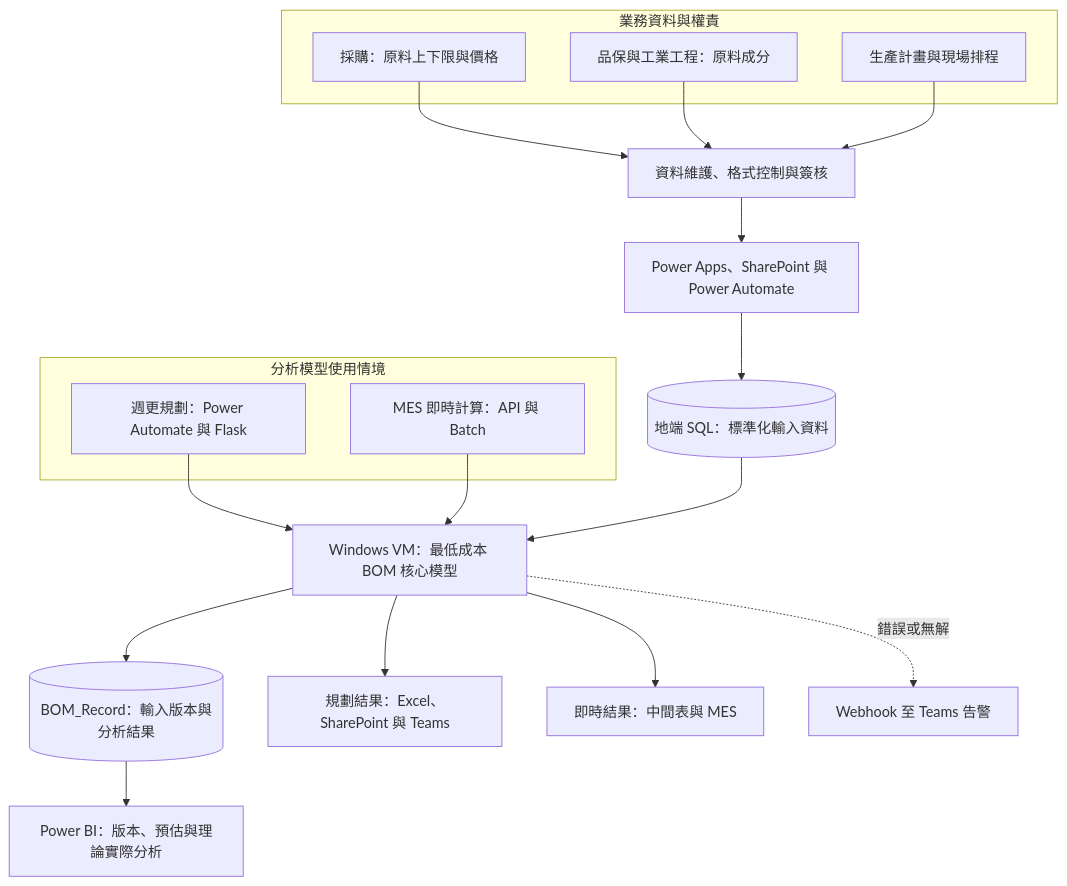
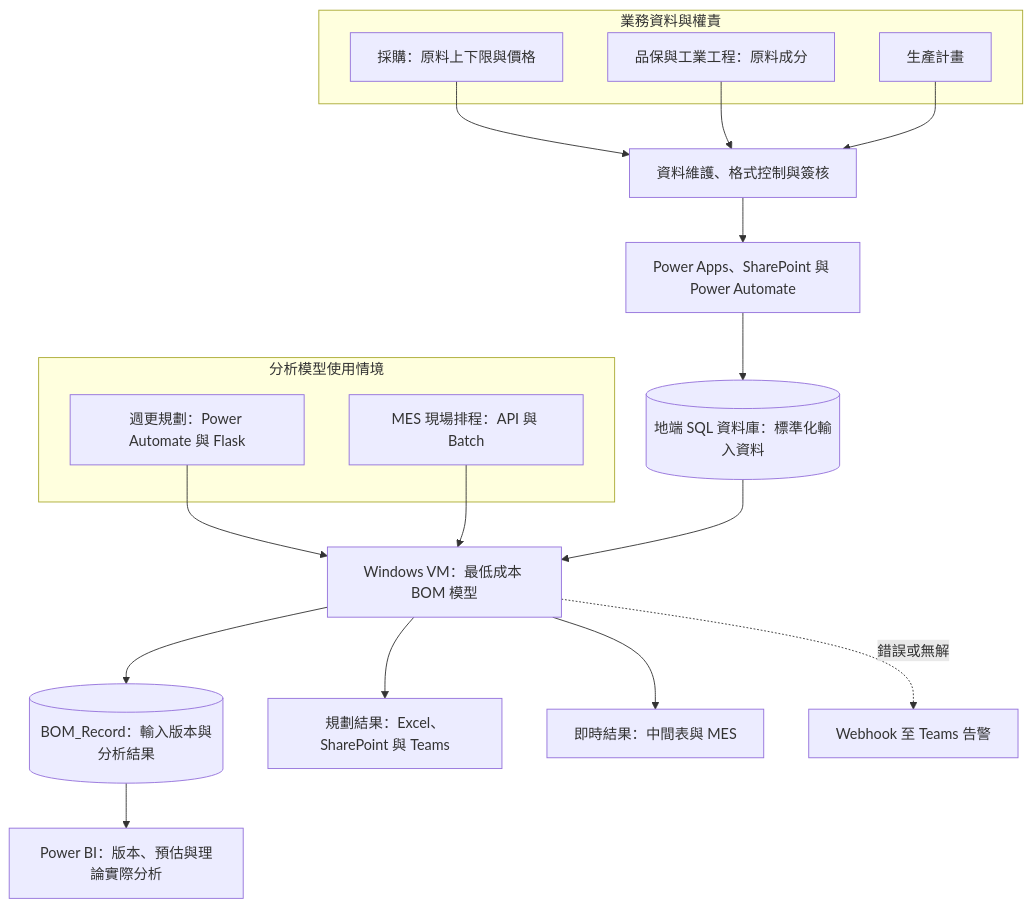
Before and after one commit to ChienChienChien/BOM_Management_Platform: the diagram in README_ZH-TW.md, drawn with Mermaid. The commit also changed other lines of this file, not shown here.

````diff
--- a/README_ZH-TW.md
+++ b/README_ZH-TW.md
@@ -63,29 +65,29 @@
 ```mermaid
 flowchart TB
     subgraph Source[業務資料與權責]
         A[採購：原料上下限與價格]
         B[品保與工業工程：原料成分]
-        C[生產計畫與現場排程]
+        C[生產計畫]
     end
 
     A --> D[資料維護、格式控制與簽核]
     B --> D
     C --> D
     D --> E[Power Apps、SharePoint 與 Power Automate]
-    E --> F[(地端 SQL：標準化輸入資料)]
+    E --> F[(地端 SQL 資料庫：標準化輸入資料)]
 
     subgraph UseCase[分析模型使用情境]
         G[週更規劃：Power Automate 與 Flask]
-        H[MES 即時計算：API 與 Batch]
+        H[MES 現場排程：API 與 Batch]
     end
 
-    G --> I[Windows VM：最低成本 BOM 核心模型]
+    G --> I[Windows VM：最低成本 BOM 模型]
     H --> I
     F --> I
 
     I --> J[(BOM_Record：輸入版本與分析結果)]
     I --> K[規劃結果：Excel、SharePoint 與 Teams]
     I --> L[即時結果：中間表與 MES]
     J --> M[Power BI：版本、預估與理論實際分析]
     I -. 錯誤或無解 .-> N[Webhook 至 Teams 告警]
 ```
````
